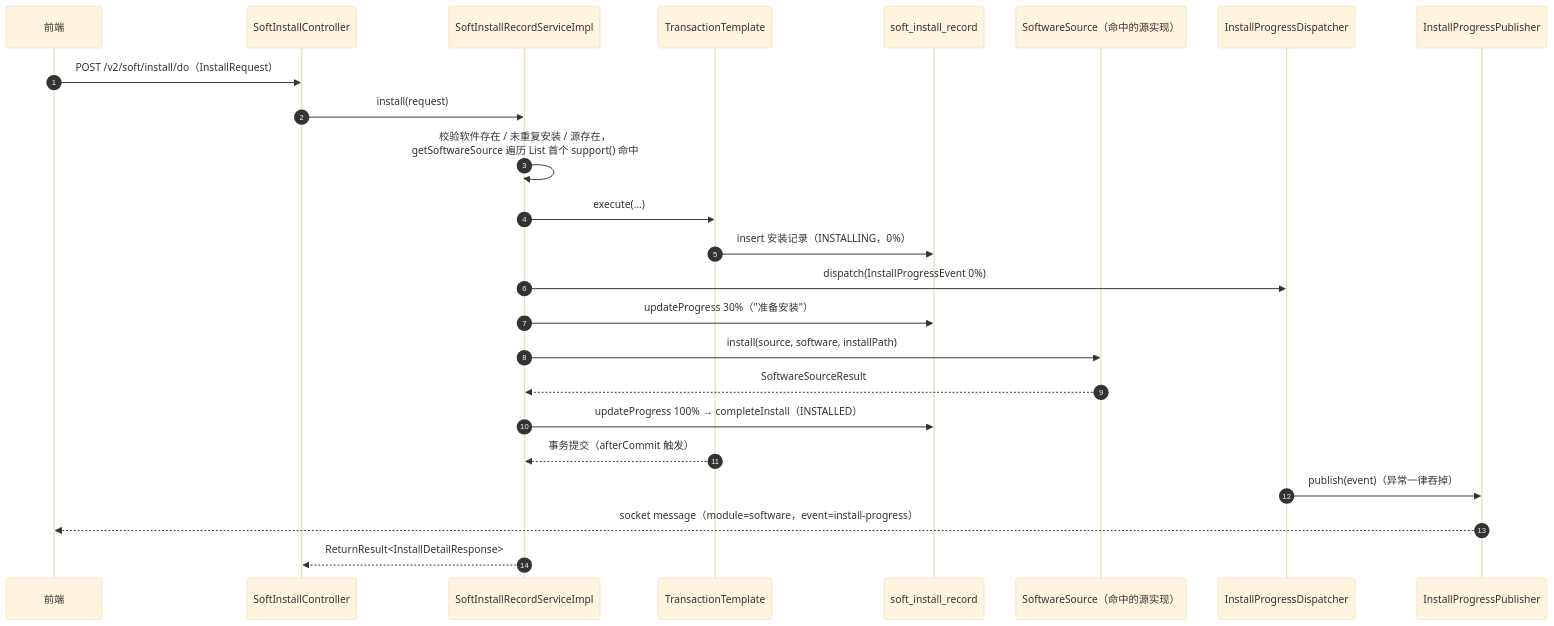
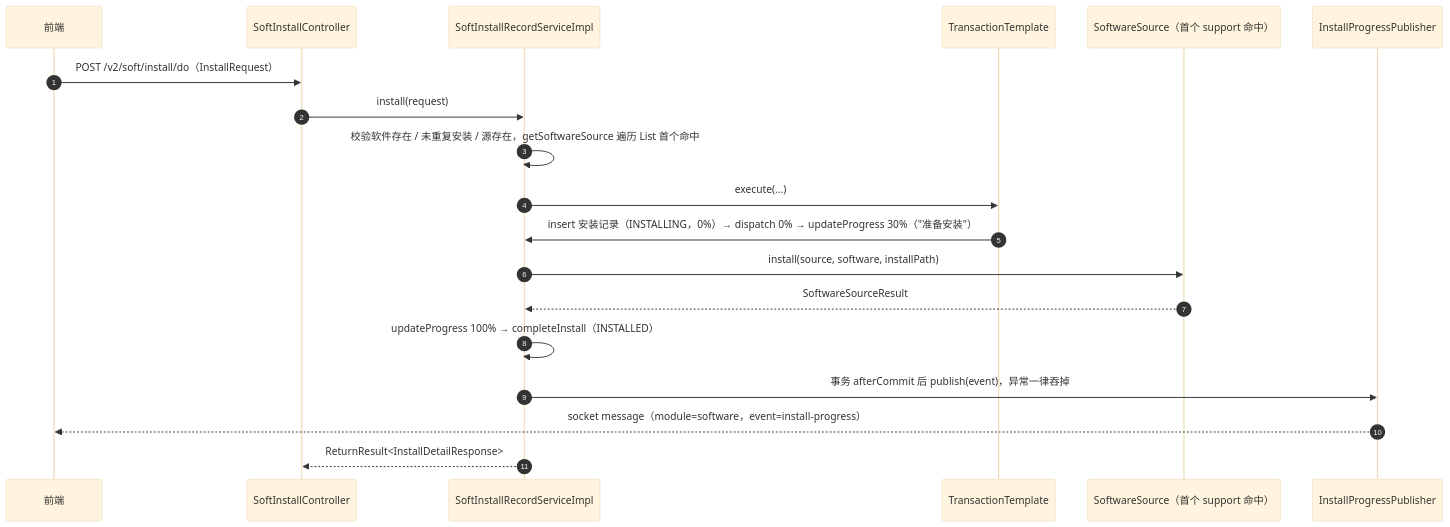
The second of 2 diagrams in spring-support-software-starter/README.md (CHTK001/spring-support-parent-starter), drawn with Mermaid (base theme) before and after one commit. The commit also changed other lines of this file and 54 other files, not shown here.

````diff
--- a/spring-support-software-starter/README.md
+++ b/spring-support-software-starter/README.md
@@ -108,27 +35,21 @@
 ```mermaid
 sequenceDiagram
     autonumber
     participant FE as 前端
     participant C as SoftInstallController
     participant S as SoftInstallRecordServiceImpl
     participant TX as TransactionTemplate
-    participant DB as soft_install_record
-    participant SPI as SoftwareSource（命中的源实现）
-    participant D as InstallProgressDispatcher
+    participant SPI as SoftwareSource（首个 support 命中）
     participant P as InstallProgressPublisher
-
     FE->>C: POST /v2/soft/install/do（InstallRequest）
     C->>S: install(request)
-    S->>S: 校验软件存在 / 未重复安装 / 源存在，<br/>getSoftwareSource 遍历 List 首个 support() 命中
+    S->>S: 校验软件存在 / 未重复安装 / 源存在，getSoftwareSource 遍历 List 首个命中
     S->>TX: execute(...)
-    TX->>DB: insert 安装记录（INSTALLING，0%）
-    S->>D: dispatch(InstallProgressEvent 0%)
-    S->>DB: updateProgress 30%（"准备安装"）
+    TX->>S: insert 安装记录（INSTALLING，0%）→ dispatch 0% → updateProgress 30%（"准备安装"）
     S->>SPI: install(source, software, installPath)
     SPI-->>S: SoftwareSourceResult
-    S->>DB: updateProgress 100% → completeInstall（INSTALLED）
-    TX-->>S: 事务提交（afterCommit 触发）
-    D->>P: publish(event)（异常一律吞掉）
+    S->>S: updateProgress 100% → completeInstall（INSTALLED）
+    S->>P: 事务 afterCommit 后 publish(event)，异常一律吞掉
     P-->>FE: socket message（module=software，event=install-progress）
     S-->>C: ReturnResult<InstallDetailResponse>
 ```
````
